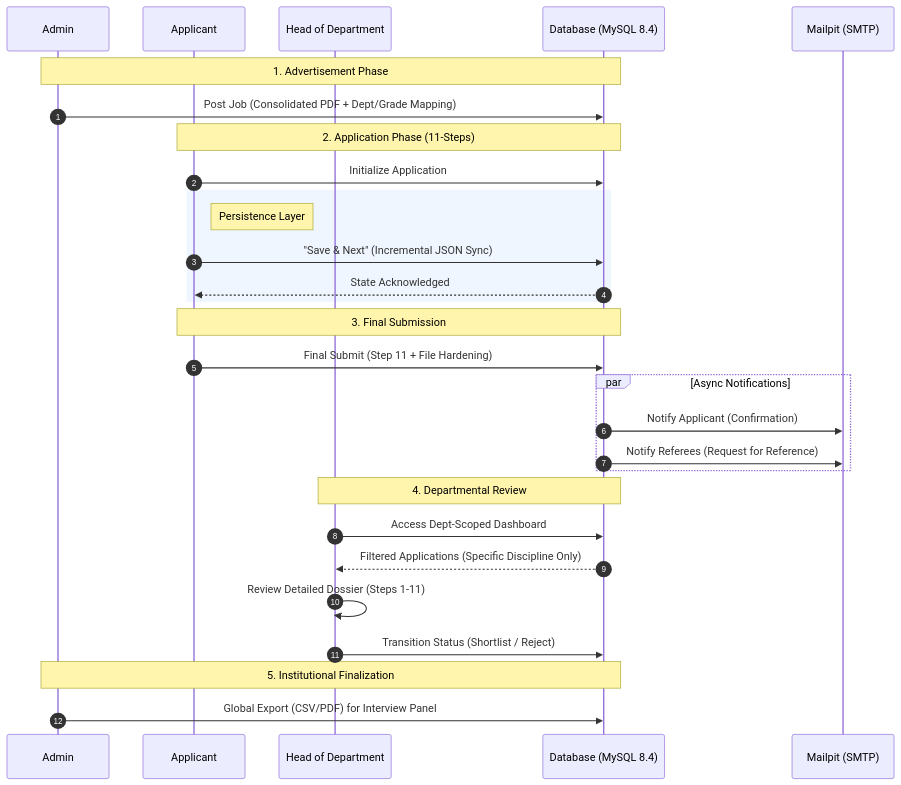
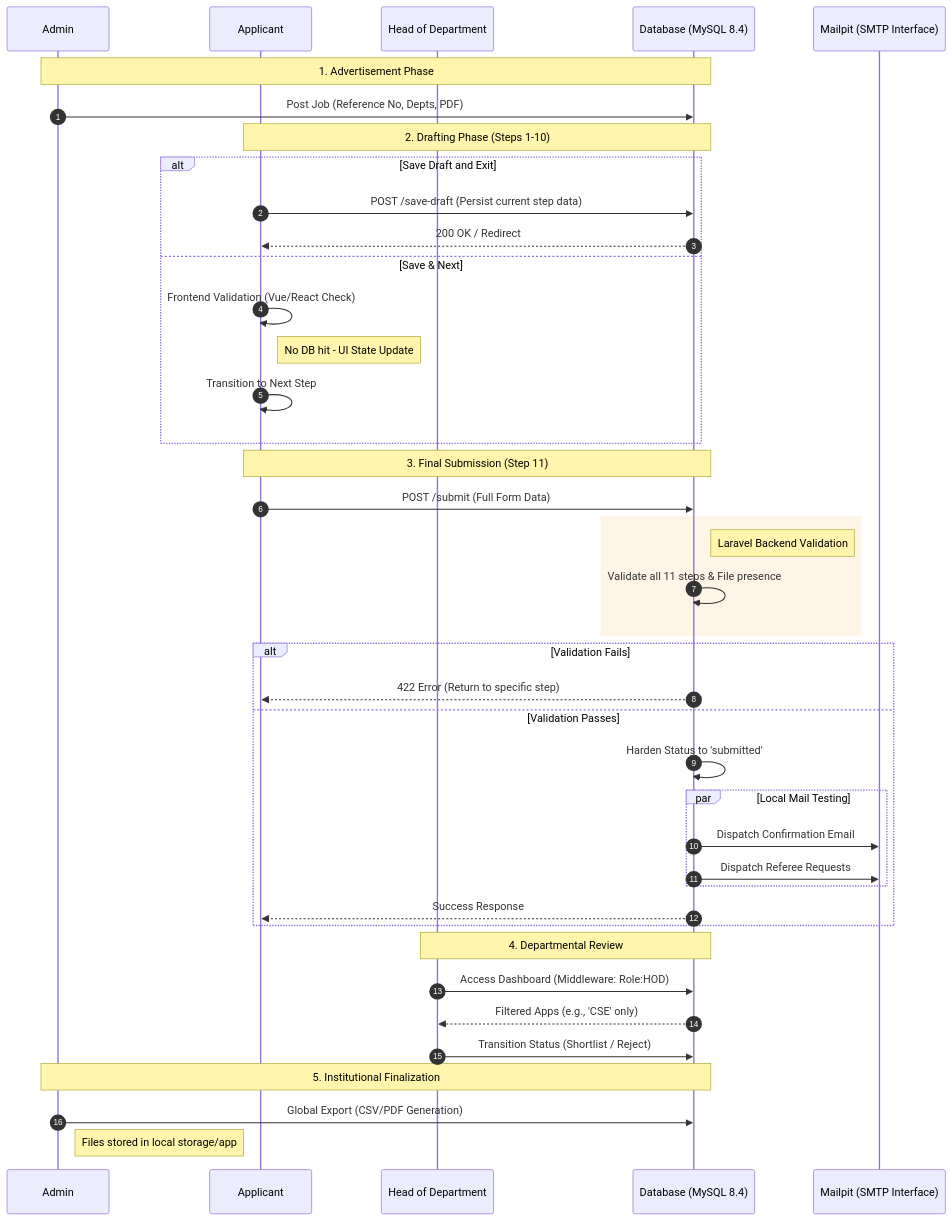
Before and after one commit to varunbalaji167/FRS_Laravel: the diagram in README.md, drawn with Mermaid. The commit also changed other lines of this file and 2 other files, not shown here.

Commit message:
Removed HOD Seeder

````diff
--- a/README.md
+++ b/README.md
@@ -57,38 +57,51 @@
 ```mermaid
 sequenceDiagram
     autonumber
     participant A as Admin
     participant App as Applicant
     participant HOD as Head of Department
     participant DB as Database (MySQL 8.4)
-    participant M as Mailpit (SMTP)
+    participant M as Mailpit (SMTP Interface)
 
     Note over A, DB: 1. Advertisement Phase
-    A->>DB: Post Job (Consolidated PDF + Dept/Grade Mapping)
+    A->>DB: Post Job (Reference No, Depts, PDF)
     
-    Note over App, DB: 2. Application Phase (11-Steps)
-    App->>DB: Initialize Application
+    Note over App, DB: 2. Drafting Phase (Steps 1-10)
     
-    rect rgb(240, 246, 255)
-        Note right of App: Persistence Layer
-        App->>DB: "Save & Next" (Incremental JSON Sync)
-        DB-->>App: State Acknowledged
+    alt Save Draft and Exit
+        App->>DB: POST /save-draft (Persist current step data)
+        DB-->>App: 200 OK / Redirect
+    else Save & Next
+        App->>App: Frontend Validation (Vue/React Check)
+        Note right of App: No DB hit - UI State Update
+        App->>App: Transition to Next Step
     end
 
-    Note over App, DB: 3. Final Submission
-    App->>DB: Final Submit (Step 11 + File Hardening)
+    Note over App, DB: 3. Final Submission (Step 11)
+    App->>DB: POST /submit (Full Form Data)
     
-    par Async Notifications
-        DB->>M: Notify Applicant (Confirmation)
-        DB->>M: Notify Referees (Request for Reference)
+    rect rgb(255, 245, 230)
+        Note right of DB: Laravel Backend Validation
+        DB->>DB: Validate all 11 steps & File presence
+    end
+
+    alt Validation Fails
+        DB-->>App: 422 Error (Return to specific step)
+    else Validation Passes
+        DB->>DB: Harden Status to 'submitted'
+        par Local Mail Testing
+            DB->>M: Dispatch Confirmation Email
+            DB->>M: Dispatch Referee Requests
+        end
+        DB-->>App: Success Response
     end
 
     Note over HOD, DB: 4. Departmental Review
-    HOD->>DB: Access Dept-Scoped Dashboard
-    DB-->>HOD: Filtered Applications (Specific Discipline Only)
-    HOD->>HOD: Review Detailed Dossier (Steps 1-11)
+    HOD->>DB: Access Dashboard (Middleware: Role:HOD)
+    DB-->>HOD: Filtered Apps (e.g., 'CSE' only)
     HOD->>DB: Transition Status (Shortlist / Reject)
 
     Note over A, DB: 5. Institutional Finalization
-    A->>DB: Global Export (CSV/PDF) for Interview Panel
+    A->>DB: Global Export (CSV/PDF Generation)
+    Note right of A: Files stored in local storage/app
 ```
````
